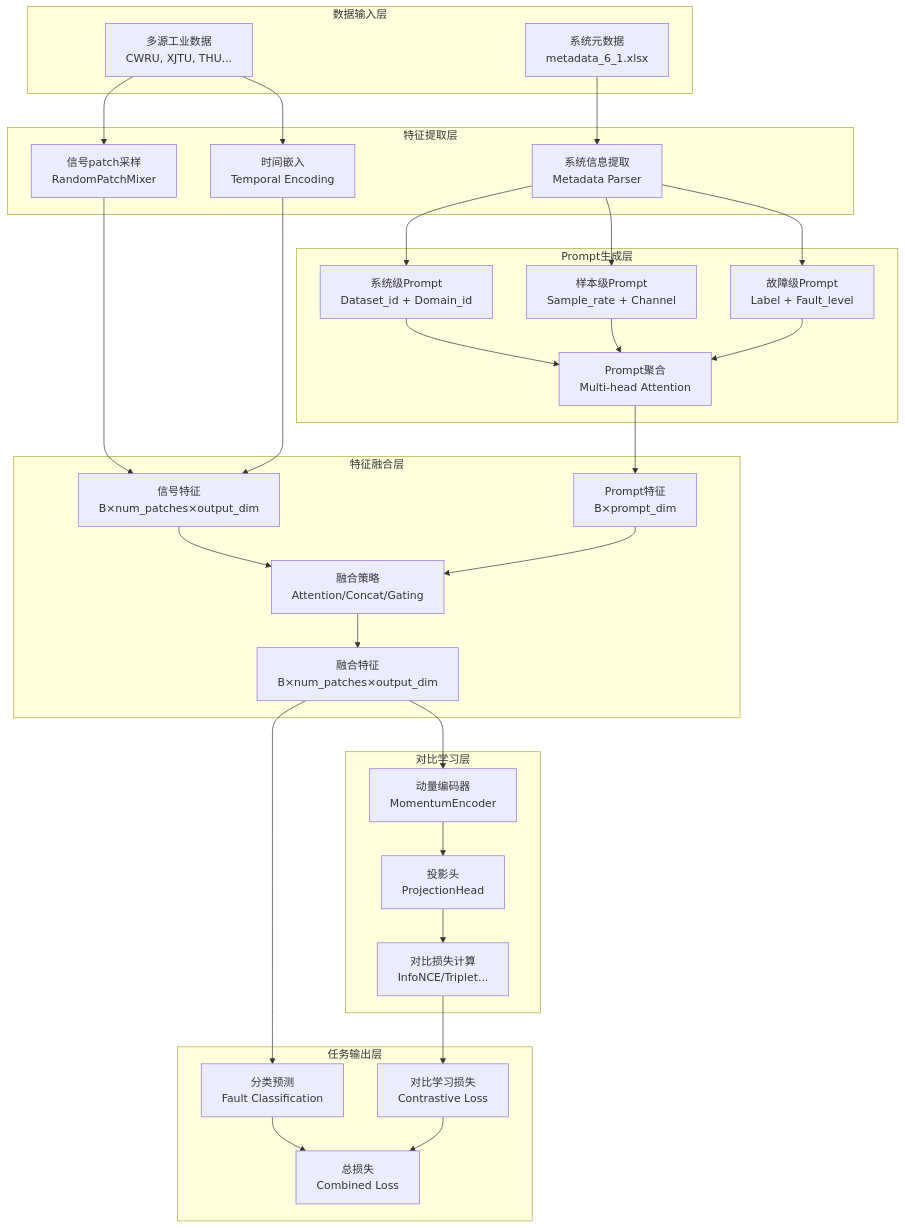
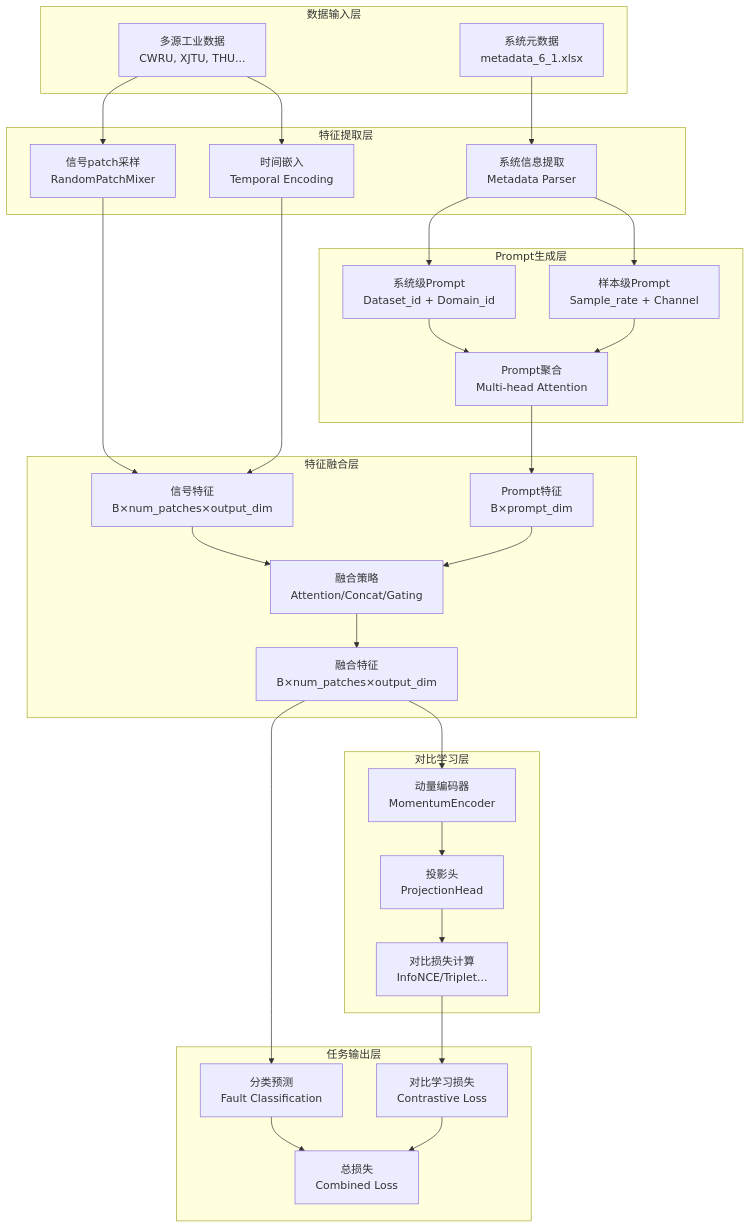
One commit to PHMbench/PHM-Vibench changed the seventh of 7 diagrams in .claude/specs/hse-industrial-contrastive-learning/design.md. Above: the diagram before and after it, drawn with Mermaid. The commit also changed other lines of this file and 18 other files, not shown here.

````diff
--- a/.claude/specs/hse-industrial-contrastive-learning/design.md
+++ b/.claude/specs/hse-industrial-contrastive-learning/design.md
@@ -1210,67 +1461,64 @@
 ```mermaid
 graph TD
     subgraph "数据输入层"
         D1[多源工业数据<br/>CWRU, XJTU, THU...] 
         D2[系统元数据<br/>metadata_6_1.xlsx]
     end
     
     subgraph "特征提取层"
         F1[信号patch采样<br/>RandomPatchMixer]
         F2[时间嵌入<br/>Temporal Encoding]
         F3[系统信息提取<br/>Metadata Parser]
     end
     
     subgraph "Prompt生成层"  
         P1[系统级Prompt<br/>Dataset_id + Domain_id]
         P2[样本级Prompt<br/>Sample_rate + Channel]
-        P3[故障级Prompt<br/>Label + Fault_level]
-        P4[Prompt聚合<br/>Multi-head Attention]
+        P3[Prompt聚合<br/>Multi-head Attention]
     end
     
     subgraph "特征融合层"
         FU1[信号特征<br/>B×num_patches×output_dim]
         FU2[Prompt特征<br/>B×prompt_dim]  
         FU3[融合策略<br/>Attention/Concat/Gating]
         FU4[融合特征<br/>B×num_patches×output_dim]
     end
     
     subgraph "对比学习层"
         CL1[动量编码器<br/>MomentumEncoder]
         CL2[投影头<br/>ProjectionHead]
         CL3[对比损失计算<br/>InfoNCE/Triplet...]
     end
     
     subgraph "任务输出层"
         O1[分类预测<br/>Fault Classification]
         O2[对比学习损失<br/>Contrastive Loss]
         O3[总损失<br/>Combined Loss]
     end
     
     D1 --> F1
     D1 --> F2
     D2 --> F3
     
     F1 --> FU1
     F2 --> FU1
     F3 --> P1
-    F3 --> P2  
-    F3 --> P3
+    F3 --> P2
     
-    P1 --> P4
-    P2 --> P4
-    P3 --> P4
-    P4 --> FU2
+    P1 --> P3
+    P2 --> P3
+    P3 --> FU2
     
     FU1 --> FU3
     FU2 --> FU3
     FU3 --> FU4
     
     FU4 --> CL1
     CL1 --> CL2
     CL2 --> CL3
     
     FU4 --> O1
     CL3 --> O2
     O1 --> O3
     O2 --> O3
 ```
````
